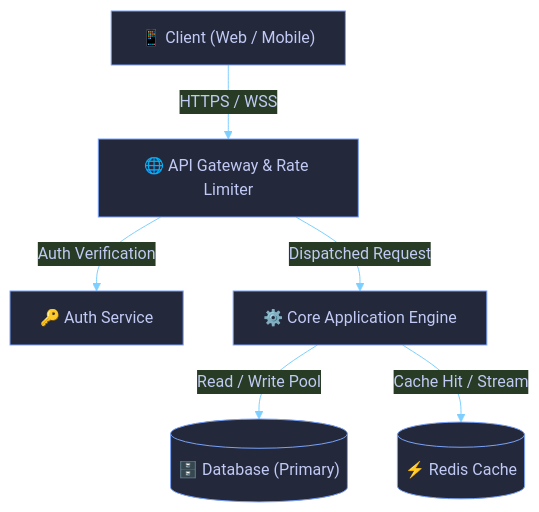
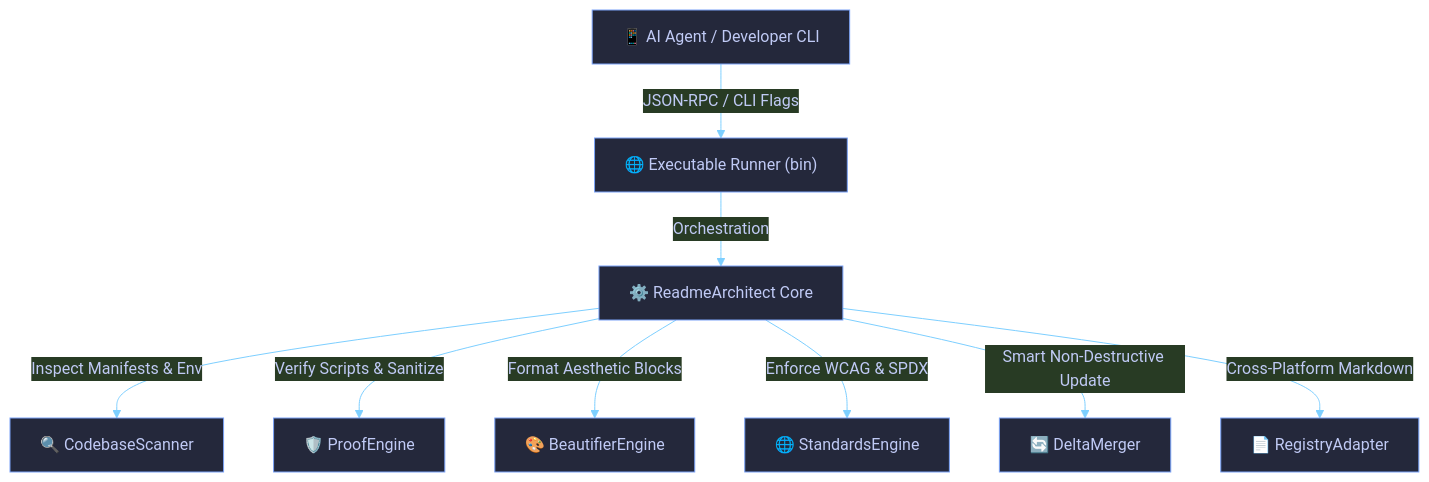
The diagram in README.md (hanifalkauni/readme-architect), drawn with Mermaid before and after one commit. The commit also changed other lines of this file and 2 other files, not shown here.

````diff
--- a/README.md
+++ b/README.md
@@ -51,9 +57,12 @@
 ```mermaid
 %%{init: {'theme': 'base', 'themeVariables': { 'primaryColor': '#24283b', 'primaryTextColor': '#c0caf5', 'primaryBorderColor': '#7aa2f7', 'lineColor': '#7dcfff'}}}%%
 flowchart TD
-    Client["📱 Client (Web / Mobile)"] -->|HTTPS / WSS| Ingress["🌐 API Gateway & Rate Limiter"]
-    Ingress -->|Auth Verification| Auth["🔑 Auth Service"]
-    Ingress -->|Dispatched Request| Core["⚙️ Core Application Engine"]
-    Core -->|Read / Write Pool| DB[("🗄️ Database (Primary)")]
-    Core -->|Cache Hit / Stream| Cache[("⚡ Redis Cache")]
+    Client["📱 AI Agent / Developer CLI"] -->|JSON-RPC / CLI Flags| Runner["🌐 Executable Runner (bin)"]
+    Runner -->|Orchestration| Orchestrator["⚙️ ReadmeArchitect Core"]
+    Orchestrator -->|Inspect Manifests & Env| Scanner["🔍 CodebaseScanner"]
+    Orchestrator -->|Verify Scripts & Sanitize| Proof["🛡️ ProofEngine"]
+    Orchestrator -->|Format Aesthetic Blocks| Beautifier["🎨 BeautifierEngine"]
+    Orchestrator -->|Enforce WCAG & SPDX| Standards["🌐 StandardsEngine"]
+    Orchestrator -->|Smart Non-Destructive Update| Merger["🔄 DeltaMerger"]
+    Orchestrator -->|Cross-Platform Markdown| Registry["📄 RegistryAdapter"]
 ```
````
